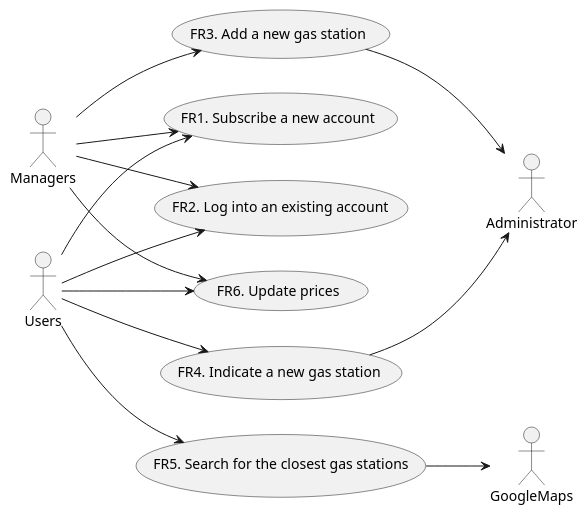
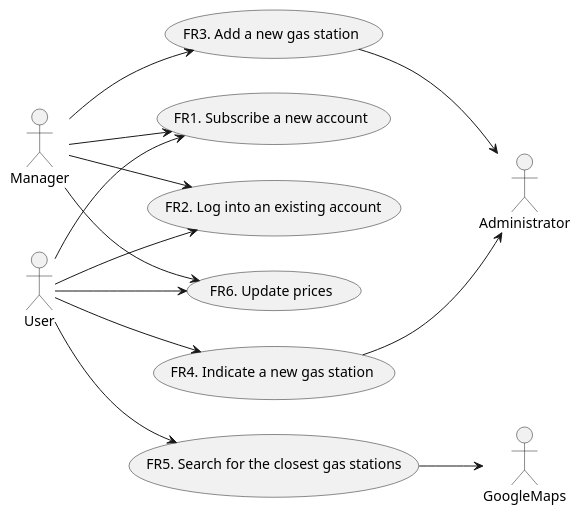
One commit to SoftengPoliTo/Lab2 changed the second of 3 diagrams in REQ_s269731.md. Above: the diagram before and after it, drawn with PlantUML. The commit also changed other lines of this file and 11 other files, not shown here.

````diff
--- a/REQ_s269731.md
+++ b/REQ_s269731.md
@@ -128,25 +128,25 @@
 ```plantuml
 @startuml
 
 left to right direction
 
 actor Administrator
 actor GoogleMaps
-actor Managers
-actor Users
+actor Manager
+actor User
 
-Managers --> (FR1. Subscribe a new account)
-Users --> (FR1. Subscribe a new account)
-Managers --> (FR2. Log into an existing account)
-Users --> (FR2. Log into an existing account)
-Managers --> (FR3. Add a new gas station)
+Manager --> (FR1. Subscribe a new account)
+User --> (FR1. Subscribe a new account)
+Manager --> (FR2. Log into an existing account)
+User --> (FR2. Log into an existing account)
+Manager --> (FR3. Add a new gas station)
 (FR3. Add a new gas station) --> Administrator
-Users --> (FR4. Indicate a new gas station)
+User --> (FR4. Indicate a new gas station)
 (FR4. Indicate a new gas station) --> Administrator
-Users --> (FR5. Search for the closest gas stations)
-Managers --> (FR6. Update prices)
+User --> (FR5. Search for the closest gas stations)
+Manager --> (FR6. Update prices)
 (FR5. Search for the closest gas stations) --> GoogleMaps
-Users --> (FR6. Update prices)
+User --> (FR6. Update prices)
 
 @enduml
 ```
````
